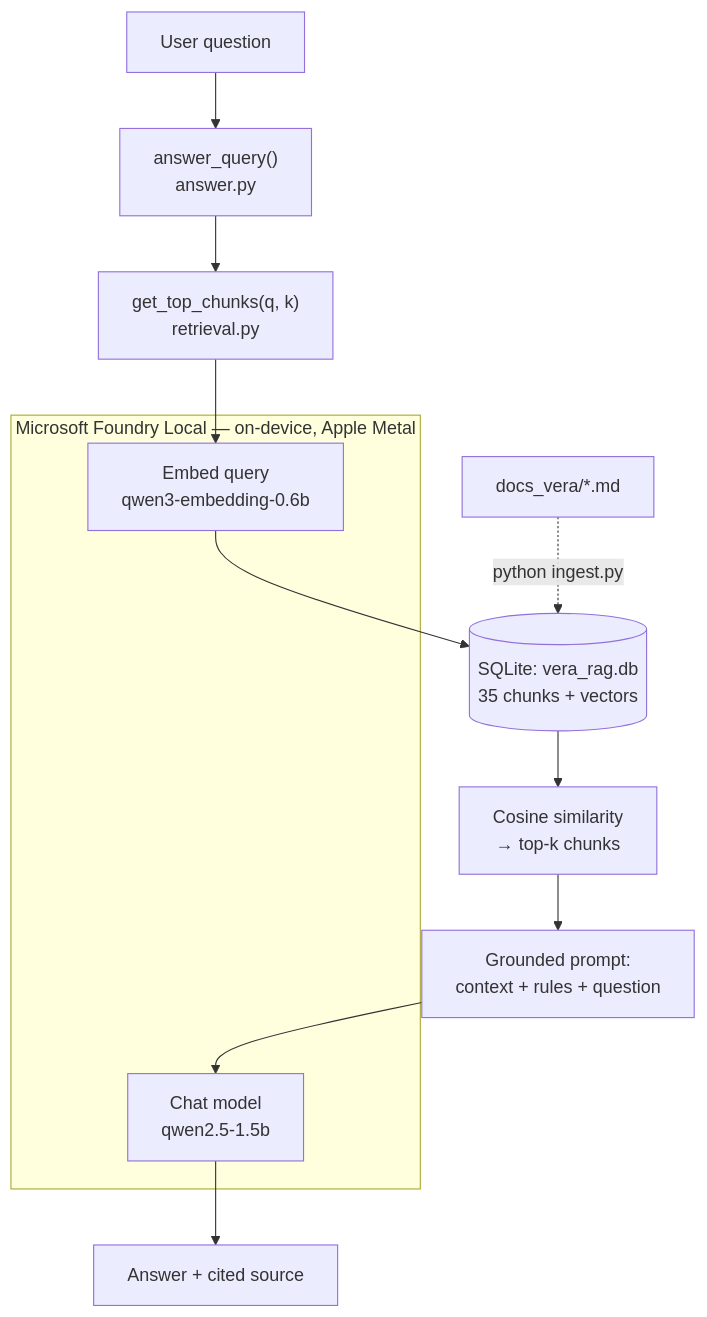
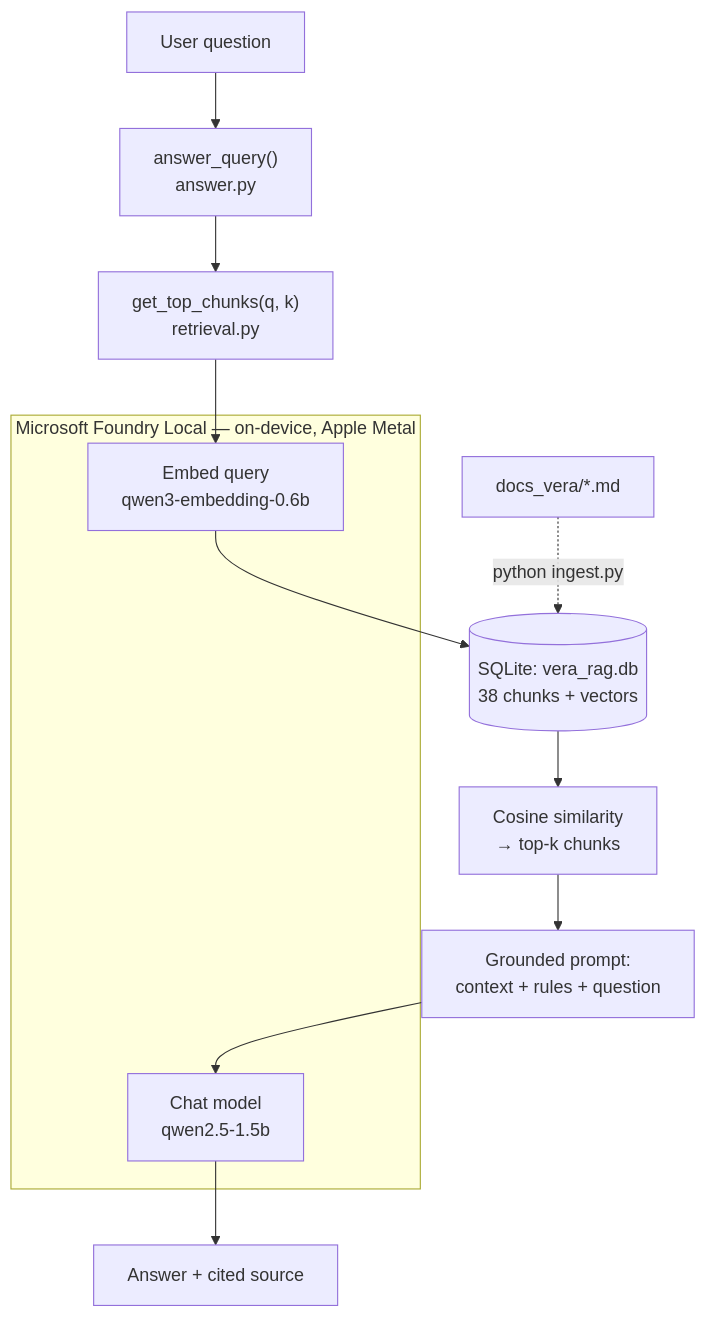
One commit to OmerHarmankayaC/Vera_RAG_Assistant changed the diagram in README.md. Above: the diagram before and after it, drawn with Mermaid. The commit also changed other lines of this file and 3 other files, not shown here.

````diff
--- a/README.md
+++ b/README.md
@@ -54,18 +54,18 @@
 ```mermaid
 flowchart TD
     Q["User question"] --> A["answer_query()<br/>answer.py"]
     A --> R["get_top_chunks(q, k)<br/>retrieval.py"]
     R --> E["Embed query<br/>qwen3-embedding-0.6b"]
-    E --> S[("SQLite: vera_rag.db<br/>35 chunks + vectors")]
+    E --> S[("SQLite: vera_rag.db<br/>38 chunks + vectors")]
     S --> C["Cosine similarity<br/>→ top-k chunks"]
     C --> P["Grounded prompt:<br/>context + rules + question"]
     P --> M["Chat model<br/>qwen2.5-1.5b"]
     M --> O["Answer + cited source"]
 
     I["docs_vera/*.md"] -.->|"python ingest.py"| S
 
     subgraph FL["Microsoft Foundry Local — on-device, Apple Metal"]
         E
         M
     end
 ```
````
